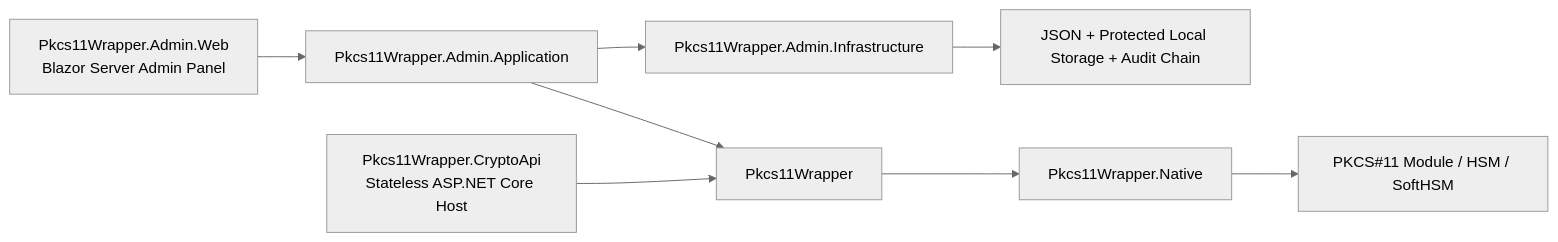
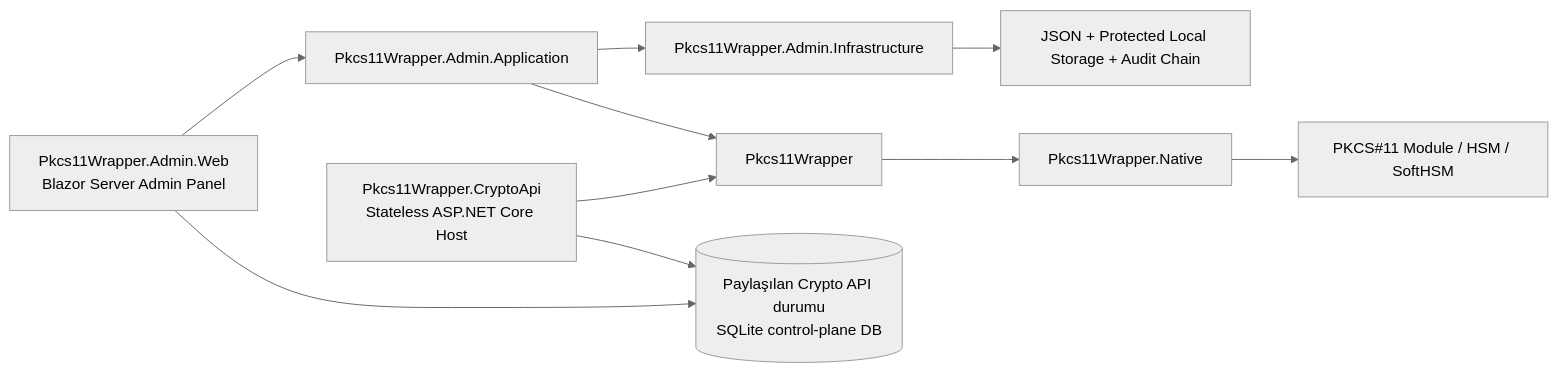
The diagram in README.tr.md (EbubekirERGUN/Pkcs11Wrapper), drawn with Mermaid (neutral theme) before and after one commit. The commit also changed other lines of this file and 5 other files, not shown here.

````diff
--- a/README.tr.md
+++ b/README.tr.md
@@ -100,10 +109,12 @@
 ```mermaid
 flowchart LR
     A[Pkcs11Wrapper.Admin.Web\nBlazor Server Admin Panel] --> B[Pkcs11Wrapper.Admin.Application]
     B --> C[Pkcs11Wrapper.Admin.Infrastructure]
     B --> D[Pkcs11Wrapper]
+    A --> S[(Paylaşılan Crypto API durumu\nSQLite control-plane DB)]
     H[Pkcs11Wrapper.CryptoApi\nStateless ASP.NET Core Host] --> D
+    H --> S
     D --> E[Pkcs11Wrapper.Native]
     E --> F[PKCS#11 Module / HSM / SoftHSM]
     C --> G[JSON + Protected Local Storage + Audit Chain]
 ```
````
